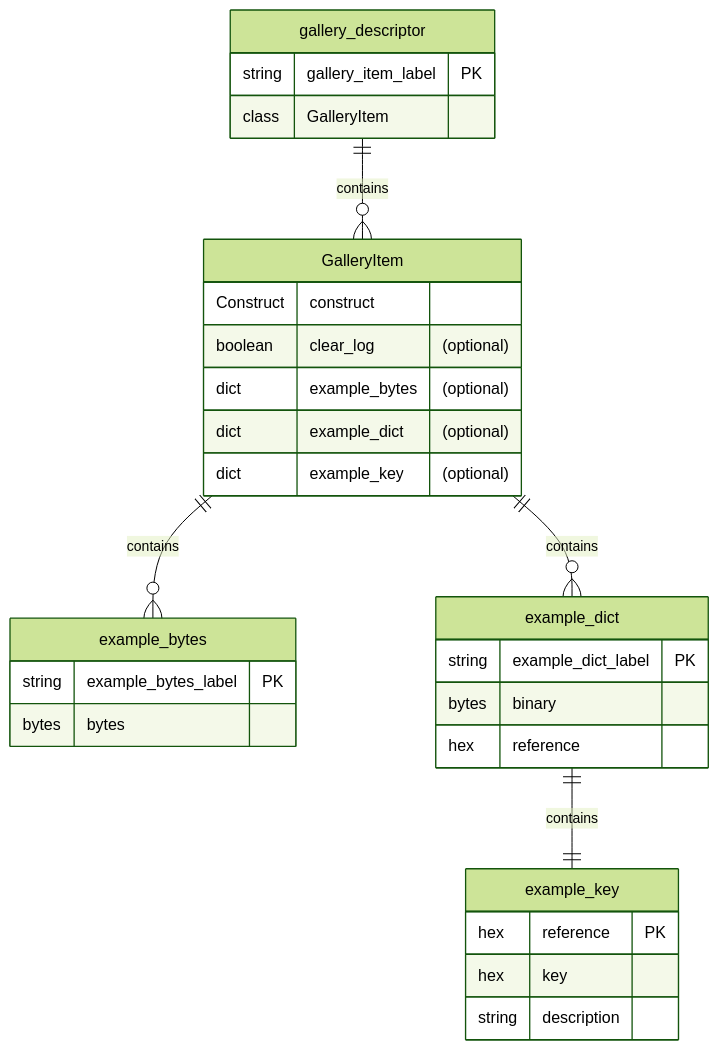
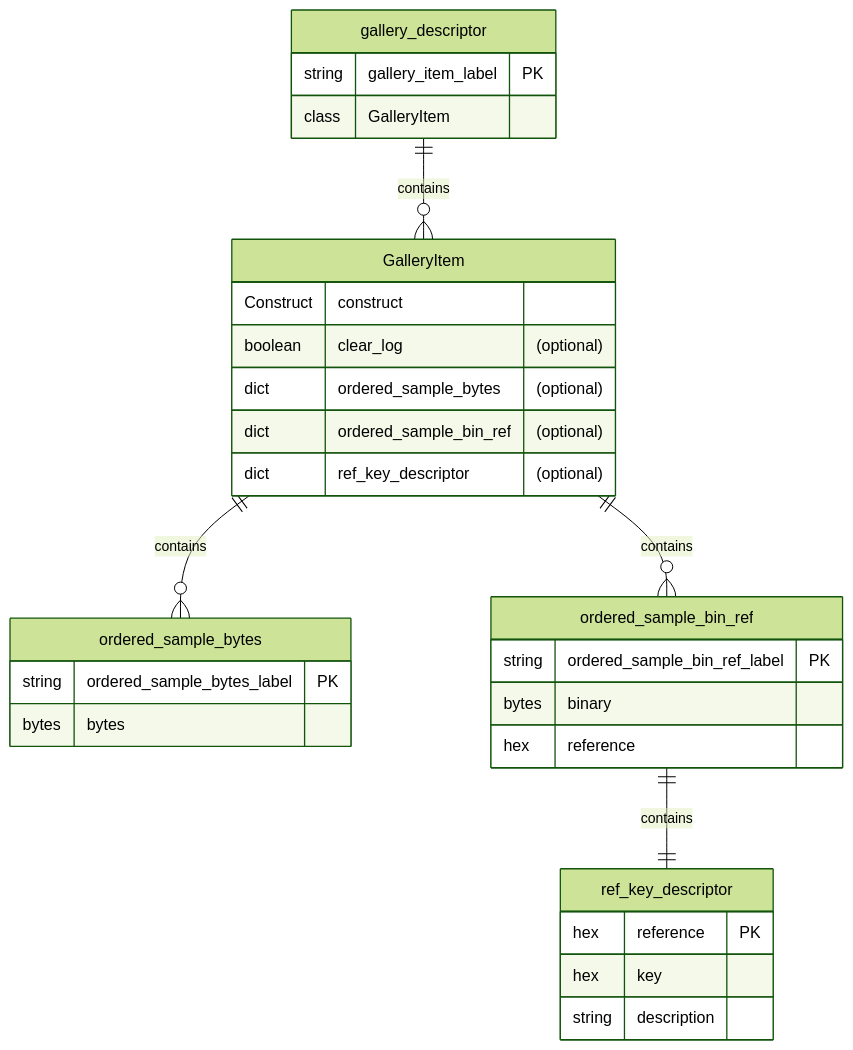
The first of 4 diagrams in README.md (Ircama/construct-gallery), drawn with Mermaid (forest theme) before and after one commit. The commit also changed other lines of this file and 2 other files, not shown here.

````diff
--- a/README.md
+++ b/README.md
@@ -392,33 +392,33 @@
 ```mermaid
 erDiagram
     gallery_descriptor {
         %% "construct" selector, upper list box
         string gallery_item_label PK
         class GalleryItem
     }
     "GalleryItem" {
         Construct construct
         boolean clear_log "(optional)"
-        dict example_bytes "(optional)"
-        dict example_dict "(optional)"
-        dict example_key "(optional)"
+        dict ordered_sample_bytes "(optional)"
+        dict ordered_sample_bin_ref "(optional)"
+        dict ref_key_descriptor "(optional)"
     }
-    example_bytes {
-        string example_bytes_label PK
+    ordered_sample_bytes {
+        string ordered_sample_bytes_label PK
         bytes bytes
     }
-    example_dict {
-        string example_dict_label PK
+    ordered_sample_bin_ref {
+        string ordered_sample_bin_ref_label PK
         bytes binary
         hex reference
     }
-    example_key {
+    ref_key_descriptor {
         hex reference PK
         hex key
         string description
     }
     gallery_descriptor ||--o{ GalleryItem : contains
-    GalleryItem ||--o{ example_bytes : contains
-    GalleryItem ||--o{ example_dict : contains
-    example_dict ||--|| example_key : contains
+    GalleryItem ||--o{ ordered_sample_bytes : contains
+    GalleryItem ||--o{ ordered_sample_bin_ref : contains
+    ordered_sample_bin_ref ||--|| ref_key_descriptor : contains
 ```
````
